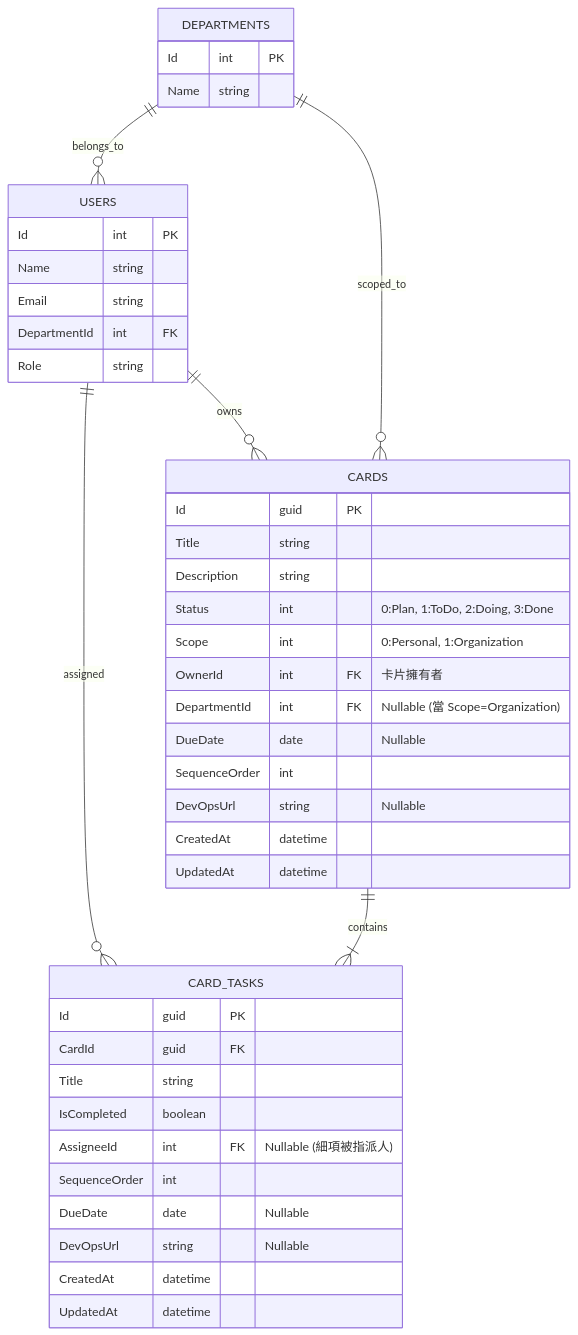
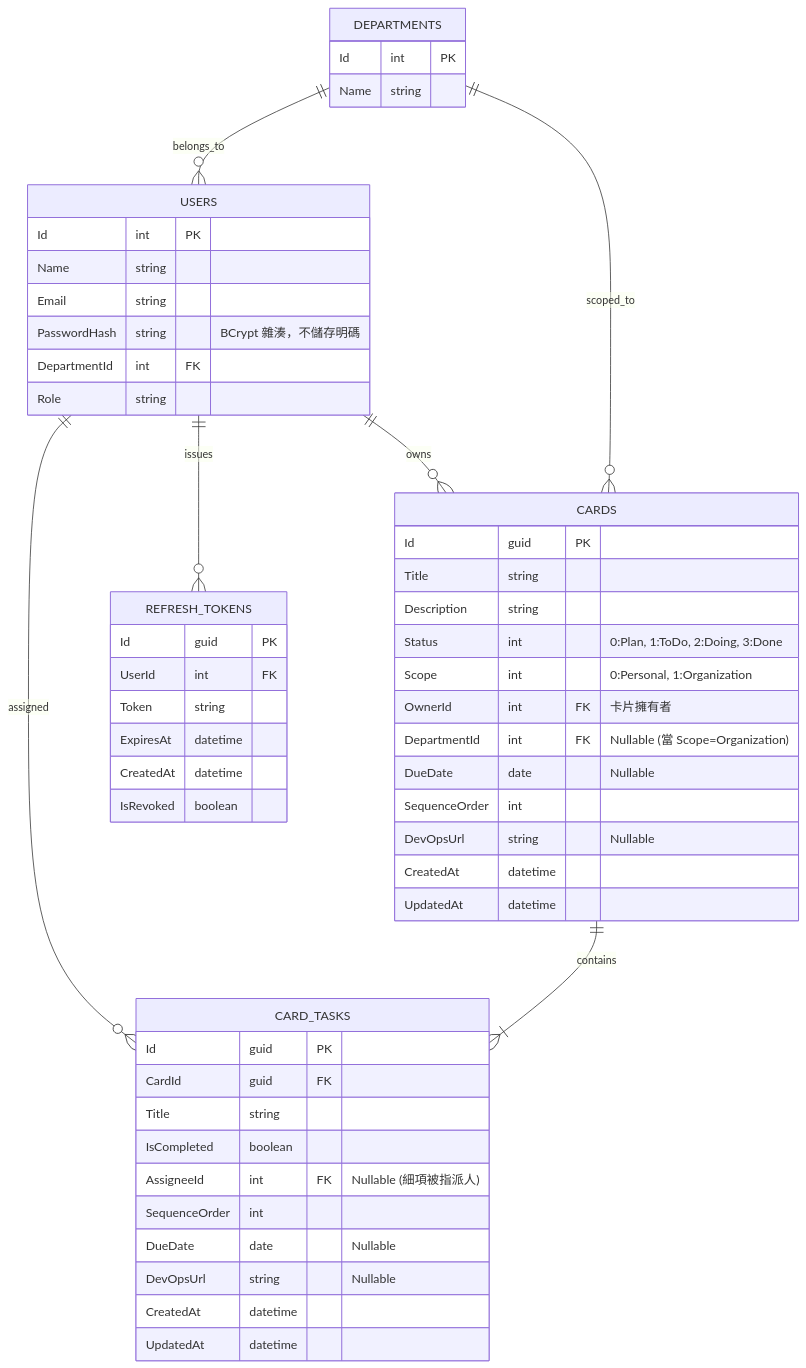
The second of 2 diagrams in kanban_system_architecture_plan.md (JamesFu168/Dashboard), drawn with Mermaid before and after one commit. The commit also changed other lines of this file and 1 other file, not shown here.

Commit message:
feat: 更新實作計畫，新增 JWT 認證與 Refresh Token 機制，調整資料庫結構與 API 端點

````diff
--- a/kanban_system_architecture_plan.md
+++ b/kanban_system_architecture_plan.md
@@ -45,49 +45,61 @@
 ```mermaid
 erDiagram
     USERS ||--o{ CARDS : owns
     USERS ||--o{ CARD_TASKS : assigned
     DEPARTMENTS ||--o{ USERS : belongs_to
     DEPARTMENTS ||--o{ CARDS : scoped_to
     CARDS ||--|{ CARD_TASKS : contains
 
+    USERS ||--o{ REFRESH_TOKENS : issues
+
     USERS {
         Id int PK
         Name string
         Email string
+        PasswordHash string "BCrypt 雜湊，不儲存明碼"
         DepartmentId int FK
         Role string
     }
 
     DEPARTMENTS {
         Id int PK
         Name string
+    }
+
+    REFRESH_TOKENS {
+        Id guid PK
+        UserId int FK
+        Token string
+        ExpiresAt datetime
+        CreatedAt datetime
+        IsRevoked boolean
     }
 
     CARDS {
         Id guid PK
         Title string
         Description string
         Status int "0:Plan, 1:ToDo, 2:Doing, 3:Done"
         Scope int "0:Personal, 1:Organization"
         OwnerId int FK "卡片擁有者"
         DepartmentId int FK "Nullable (當 Scope=Organization)"
         DueDate date "Nullable"
         SequenceOrder int
         DevOpsUrl string "Nullable"
         CreatedAt datetime
         UpdatedAt datetime
     }
 
     CARD_TASKS {
         Id guid PK
         CardId guid FK
         Title string
         IsCompleted boolean
         AssigneeId int FK "Nullable (細項被指派人)"
         SequenceOrder int
         DueDate date "Nullable"
         DevOpsUrl string "Nullable"
         CreatedAt datetime
         UpdatedAt datetime
     }
 ```
````
